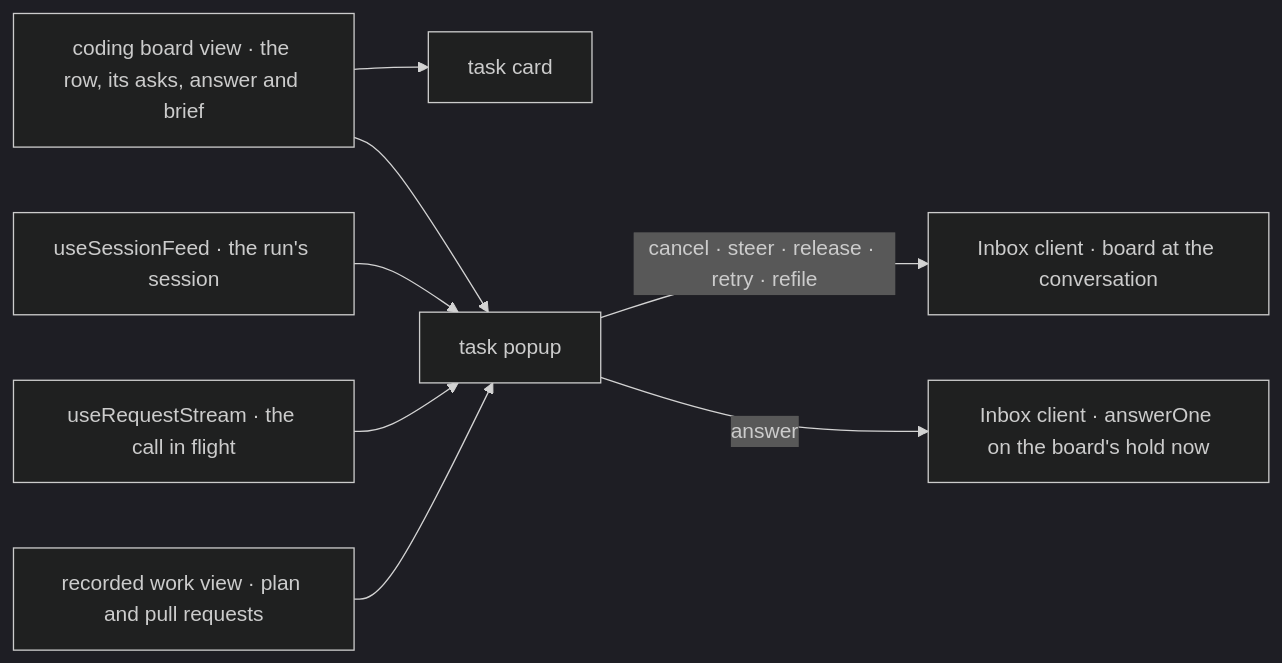
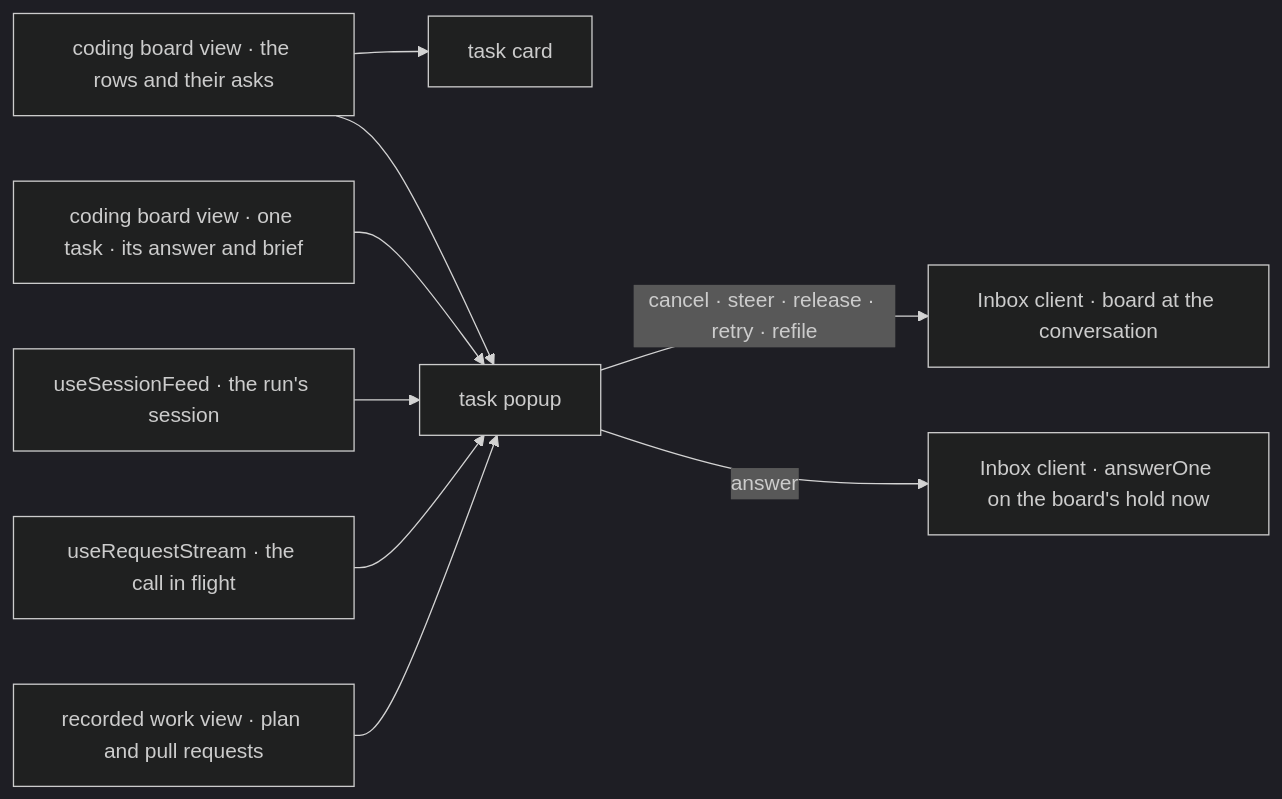
The second of 2 diagrams in specs/issues/FIX-2773/SPEC.md (fixpoint-labs/flow-state-dev), drawn with Mermaid (dark theme) before and after one commit. The commit also changed other lines of this file and 4 other files, not shown here.

First line of the commit message:
spec(FIX-2773): D1 is a one-task read, measured

````diff
--- a/specs/issues/FIX-2773/SPEC.md
+++ b/specs/issues/FIX-2773/SPEC.md
@@ -93,10 +96,11 @@
 ```mermaid
 flowchart LR
-  B["coding board view · the row, its asks, answer and brief"] --> CARD["task card"]
+  B["coding board view · the rows and their asks"] --> CARD["task card"]
   B --> POP["task popup"]
+  BT["coding board view · one task · its answer and brief"] --> POP
   F["useSessionFeed · the run's session"] --> POP
   S["useRequestStream · the call in flight"] --> POP
   R["recorded work view · plan and pull requests"] --> POP
   POP -->|"cancel · steer · release · retry · refile"| IB["Inbox client · board at the conversation"]
   POP -->|"answer"| IA["Inbox client · answerOne on the board's hold now"]
 ```
````
